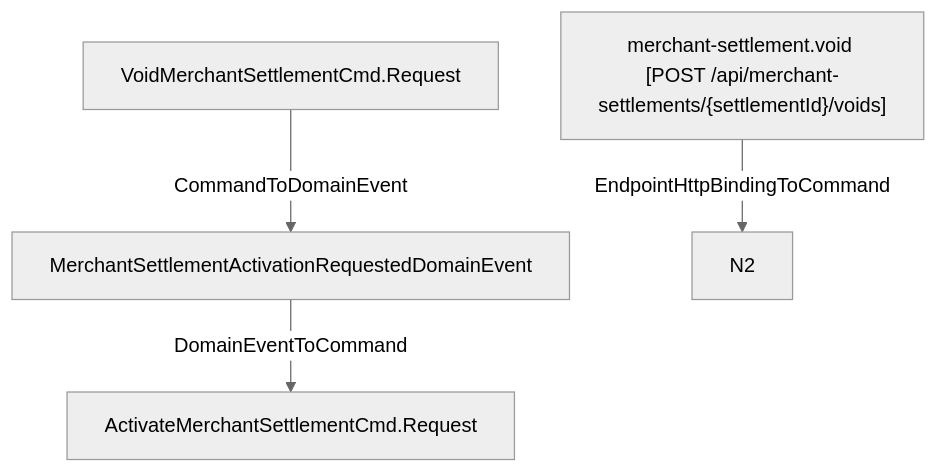
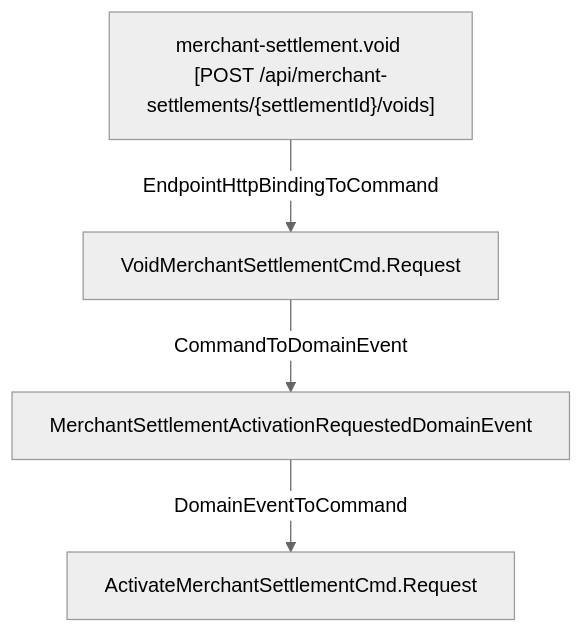
One commit to LDmoxeii/cap4k-reference-payment changed the diagram in flows/endpoint_http_merchant_settlement_void.mmd. Above: the diagram before and after it, drawn with Mermaid (neutral theme). The commit also changed other lines of this file and 90 other files, not shown here.

```diff
--- a/flows/endpoint_http_merchant_settlement_void.mmd
+++ b/flows/endpoint_http_merchant_settlement_void.mmd
@@ -1,8 +1,8 @@
 flowchart TD
   N1["ActivateMerchantSettlementCmd.Request"]
   N2["VoidMerchantSettlementCmd.Request"]
   N3["MerchantSettlementActivationRequestedDomainEvent"]
   N4["merchant-settlement.void [POST /api/merchant-settlements/{settlementId}/voids]"]
   N2 -->|CommandToDomainEvent| N3
   N3 -->|DomainEventToCommand| N1
-  N4 -->|EndpointHttpBindingToCommand| N2\n
+  N4 -->|EndpointHttpBindingToCommand| N2
```
